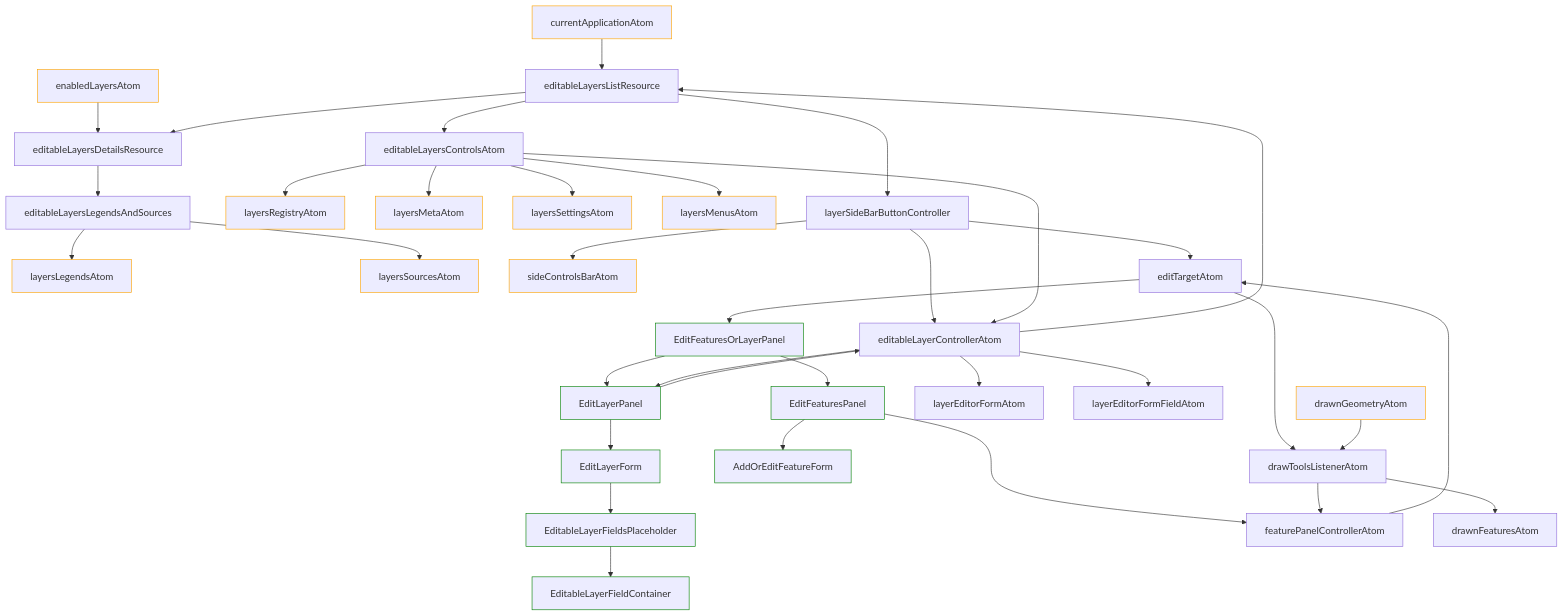
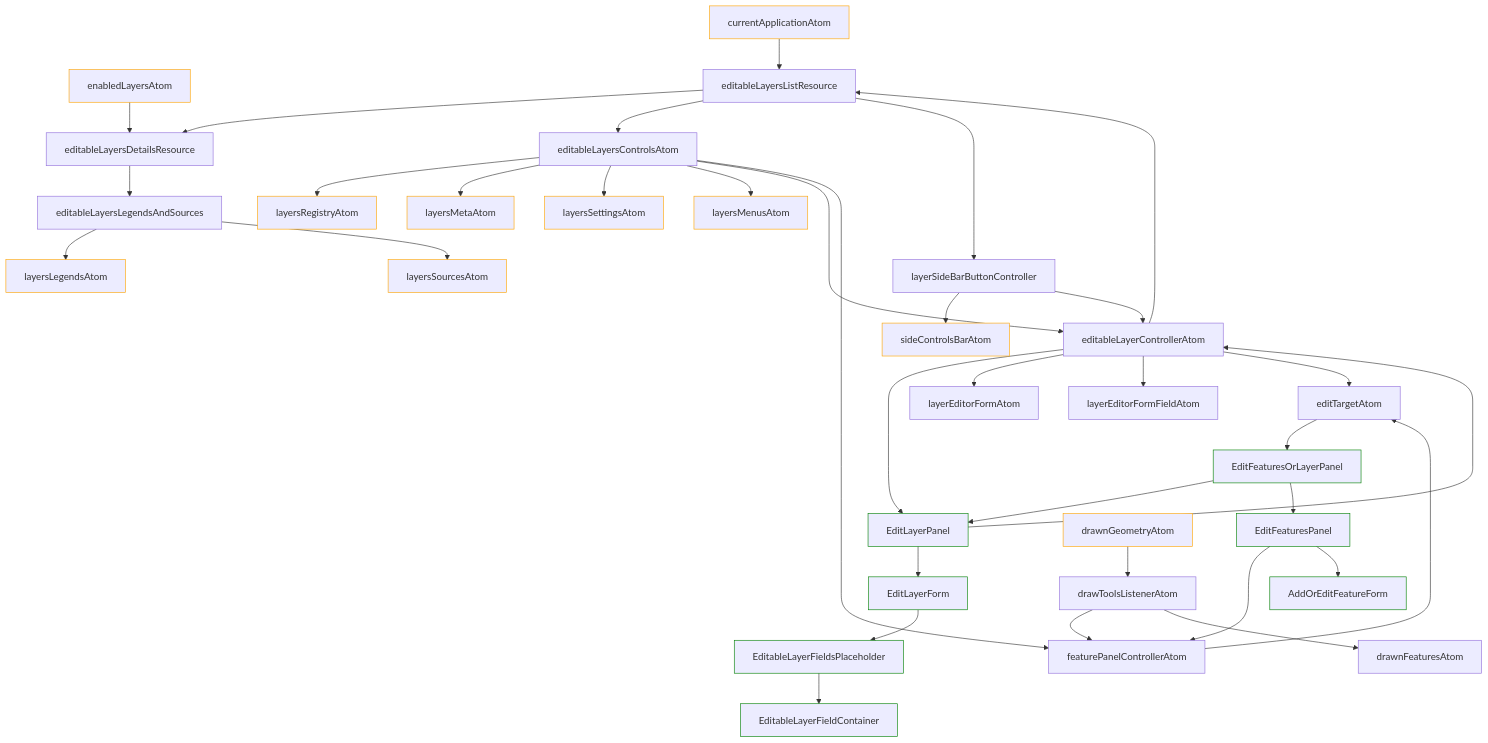
One commit to konturio/disaster-ninja-fe changed the diagram in src/features/create_layer/readme.md. Above: the diagram before and after it, drawn with Mermaid. The commit also changed 13 other files, not shown here.

````diff
--- a/src/features/create_layer/readme.md
+++ b/src/features/create_layer/readme.md
@@ -16,43 +16,43 @@
 ```mermaid
 flowchart TD
   classDef coreAtom stroke:orange;
   classDef View stroke:green;
 
   enabledLayersAtom:::coreAtom --> editableLayersDetailsResource
   editableLayersListResource --> editableLayersDetailsResource
   editableLayersDetailsResource --> editableLayersLegendsAndSources
   currentApplicationAtom:::coreAtom --> editableLayersListResource
   editableLayersLegendsAndSources --> layersLegendsAtom:::coreAtom
   editableLayersLegendsAndSources --> layersSourcesAtom:::coreAtom
   editableLayersListResource --> editableLayersControlsAtom
   editableLayersControlsAtom --> layersRegistryAtom:::coreAtom
   editableLayersControlsAtom --> layersMetaAtom:::coreAtom
   editableLayersControlsAtom --> layersSettingsAtom:::coreAtom
   editableLayersControlsAtom --> layersMenusAtom:::coreAtom
   editableLayersListResource --> layerSideBarButtonController
   layerSideBarButtonController --> sideControlsBarAtom:::coreAtom
-  layerSideBarButtonController --> editTargetAtom
   layerSideBarButtonController --> editableLayerControllerAtom
   editableLayersControlsAtom ----> editableLayerControllerAtom
   %% Sub features switch
   editTargetAtom --> EditFeaturesOrLayerPanel:::View
   EditFeaturesOrLayerPanel --> EditLayerPanel:::View
   EditFeaturesOrLayerPanel --> EditFeaturesPanel:::View
   %% Edit Layer
   EditLayerPanel --> editableLayerControllerAtom
   editableLayerControllerAtom --> EditLayerPanel
   EditLayerPanel --> EditLayerForm:::View
   EditLayerForm  --> EditableLayerFieldsPlaceholder:::View
   EditableLayerFieldsPlaceholder --> EditableLayerFieldContainer:::View
   editableLayerControllerAtom --> layerEditorFormAtom
   editableLayerControllerAtom --> layerEditorFormFieldAtom
   editableLayerControllerAtom --> editableLayersListResource
+  editableLayerControllerAtom --> editTargetAtom
   %% Edit Features
+  editableLayersControlsAtom --> featurePanelControllerAtom
   EditFeaturesPanel:::View ---> featurePanelControllerAtom
   featurePanelControllerAtom --> editTargetAtom
   EditFeaturesPanel --> AddOrEditFeatureForm:::View
   drawToolsListenerAtom --> featurePanelControllerAtom
-  editTargetAtom --> drawToolsListenerAtom
   drawnGeometryAtom:::coreAtom --> drawToolsListenerAtom
   drawToolsListenerAtom --> drawnFeaturesAtom
 ```
````
